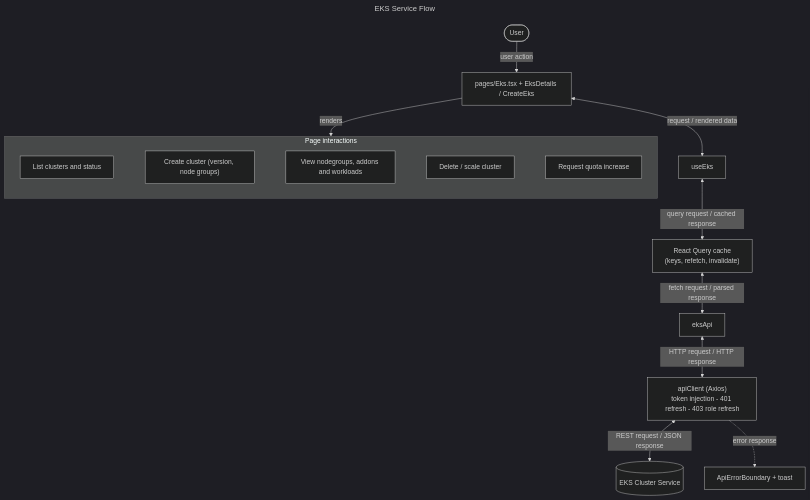
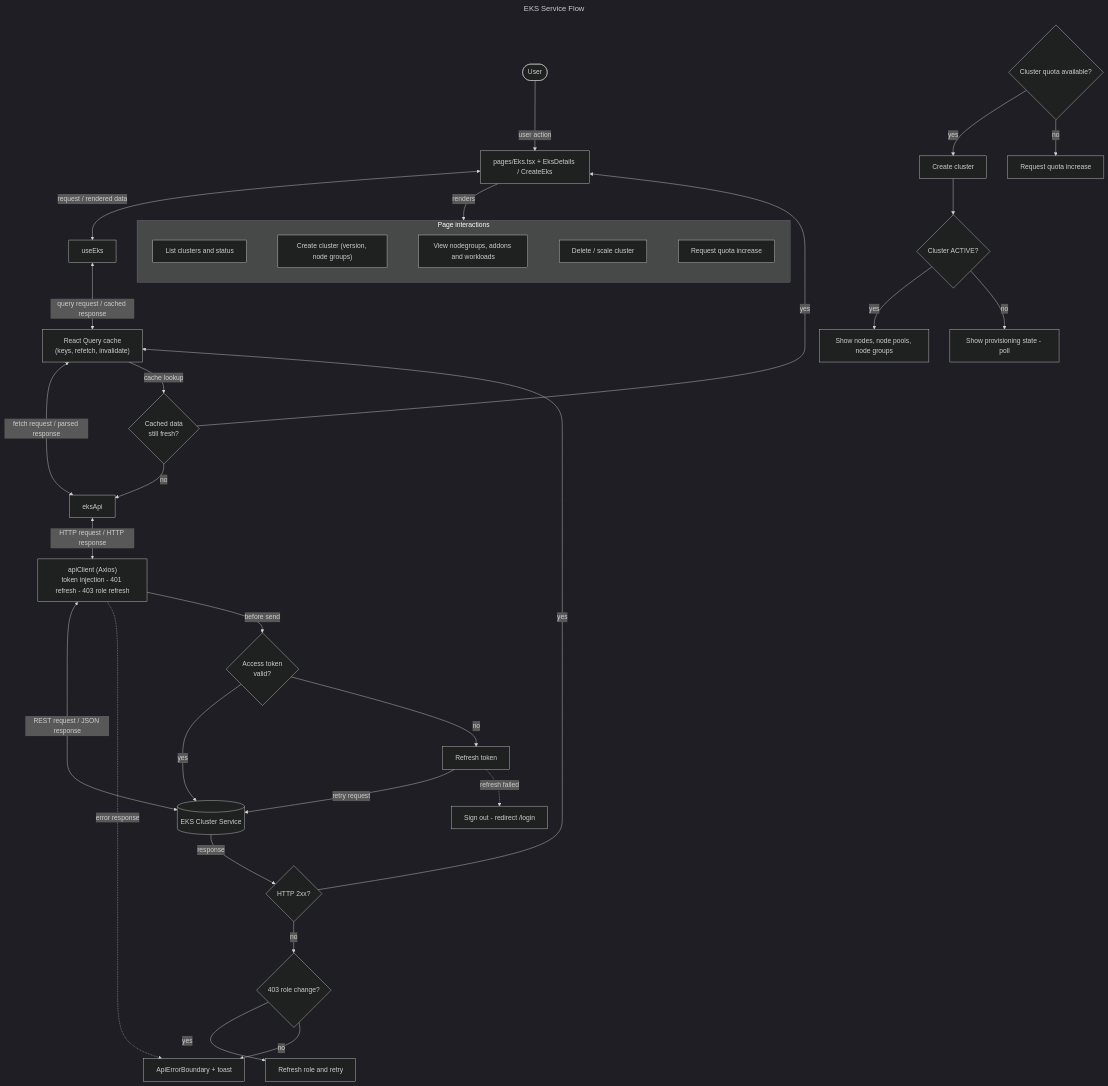
Before and after one commit to sayeeduddinofficial/user-table-view: the diagram in docs/flowcharts/eks.mmd, drawn with Mermaid (dark theme). The commit also changed 18 other files, not shown here.

```diff
--- a/docs/flowcharts/eks.mmd
+++ b/docs/flowcharts/eks.mmd
@@ -1,21 +1,42 @@
 ---
 title: EKS Service Flow
 ---
 flowchart TD
   U([User]) -->|"user action"| P["pages/Eks.tsx + EksDetails / CreateEks"]
   P <-->|"request / rendered data"| H["useEks"]
   H <-->|"query request / cached response"| Q["React Query cache<br/>(keys, refetch, invalidate)"]
   Q <-->|"fetch request / parsed response"| A["eksApi"]
   A <-->|"HTTP request / HTTP response"| C["apiClient (Axios)<br/>token injection - 401 refresh - 403 role refresh"]
   C <-->|"REST request / JSON response"| S[("EKS Cluster Service")]
   P -->|"renders"| UI
   subgraph UI[Page interactions]
     direction LR
     S0["List clusters and status"]
     S1["Create cluster (version, node groups)"]
     S2["View nodegroups, addons and workloads"]
     S3["Delete / scale cluster"]
     S4["Request quota increase"]
     S0 ~~~ S1 ~~~ S2 ~~~ S3 ~~~ S4
   end
   C -. "error response" .-> E["ApiErrorBoundary + toast"]
+
+  %% ---- Condition-based paths ----
+  Q -->|"cache lookup"| D1{"Cached data<br/>still fresh?"}
+  D1 -->|"yes"| P
+  D1 -->|"no"| A
+  C -->|"before send"| D2{"Access token<br/>valid?"}
+  D2 -->|"yes"| S
+  D2 -->|"no"| RT["Refresh token"]
+  RT -->|"retry request"| S
+  RT -. "refresh failed" .-> LO["Sign out - redirect /login"]
+  S -->|"response"| D3{"HTTP 2xx?"}
+  D3 -->|"yes"| Q
+  D3 -->|"no"| D4{"403 role change?"}
+  D4 -->|"yes"| RR["Refresh role and retry"]
+  D4 -->|"no"| E
+  %% ---- Service specific decisions ----
+  X0{"Cluster quota available?"} -->|"yes"| X1["Create cluster"]
+  X0 -->|"no"| X2["Request quota increase"]
+  X1 --> X3{"Cluster ACTIVE?"}
+  X3 -->|"yes"| X4["Show nodes, node pools, node groups"]
+  X3 -->|"no"| X5["Show provisioning state - poll"]
```
